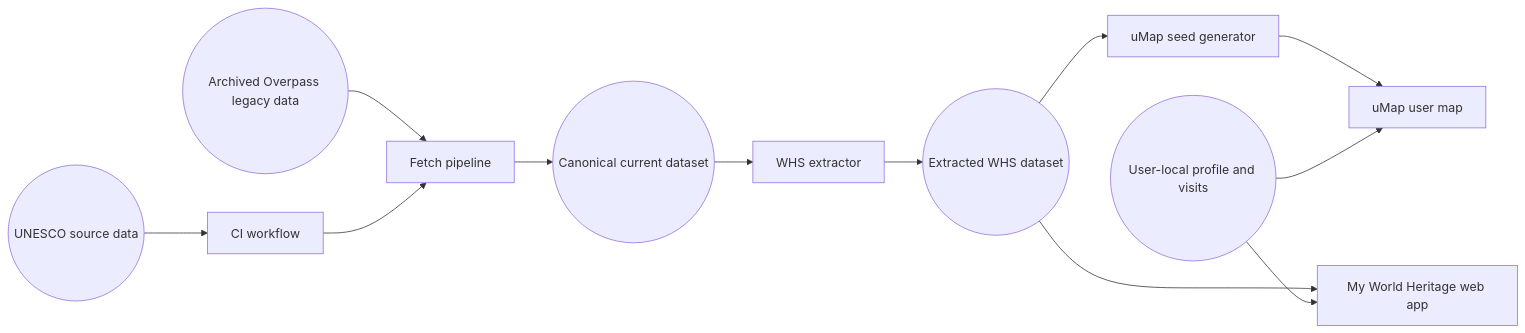
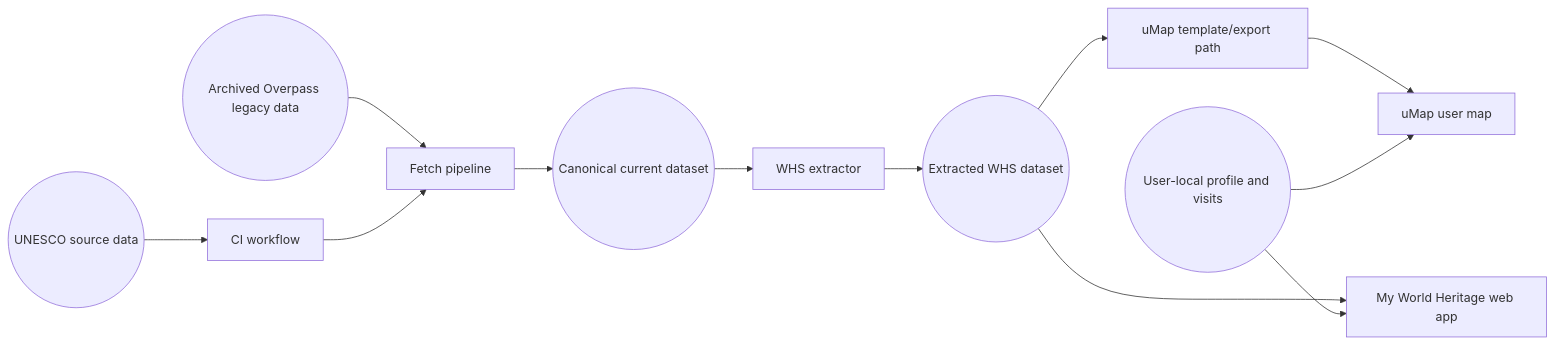
One commit to pekka-28/unesco changed the diagram in Requirements.md. Above: the diagram before and after it, drawn with Mermaid. The commit also changed other lines of this file and 6 other files, not shown here.

````diff
--- a/Requirements.md
+++ b/Requirements.md
@@ -18,27 +18,27 @@
 ```mermaid
 flowchart LR
   D1((UNESCO source data))
   D2((Archived Overpass legacy data))
   D3((Canonical current dataset))
   D4((Extracted WHS dataset))
   D5((User-local profile and visits))
 
   C1[CI workflow]
   C2[Fetch pipeline]
   C3[WHS extractor]
-  C4[uMap seed generator]
+  C4[uMap template/export path]
   C5[My World Heritage web app]
   C6[uMap user map]
 
   D1 --> C1
   D2 --> C2
   C1 --> C2
   C2 --> D3
   D3 --> C3
   C3 --> D4
   D4 --> C4
   C4 --> C6
   D4 --> C5
   D5 --> C5
   D5 --> C6
 ```
````
